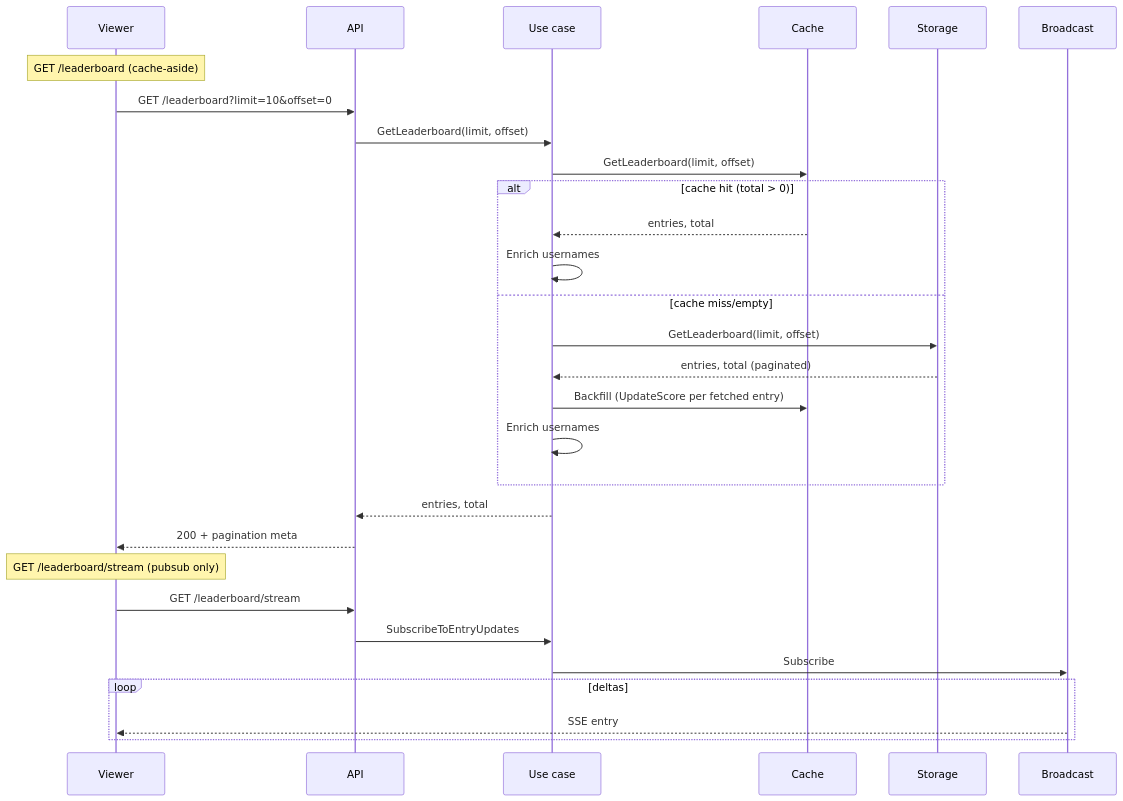
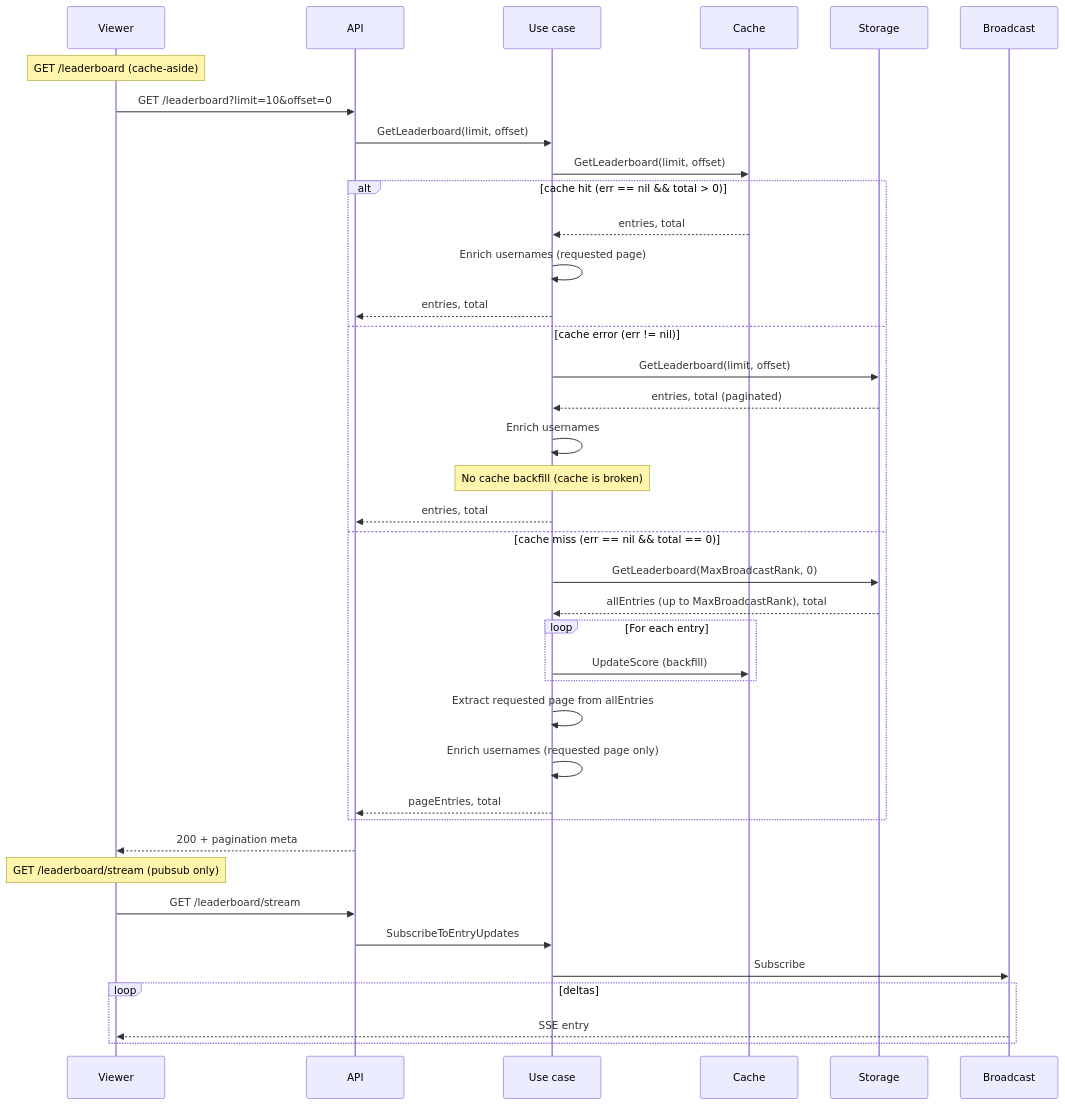
One commit to nhatnam1507/real-time-leaderboard changed the fourth of 4 diagrams in docs/modules.md. Above: the diagram before and after it, drawn with Mermaid. The commit also changed other lines of this file and 4 other files, not shown here.

````diff
--- a/docs/modules.md
+++ b/docs/modules.md
@@ -162,33 +162,43 @@
 ```mermaid
 sequenceDiagram
     participant Viewer
     participant API
     participant UC as Use case
     participant Cache
     participant Storage
     participant Broadcast
     
     Note over Viewer: GET /leaderboard (cache-aside)
     Viewer->>API: GET /leaderboard?limit=10&offset=0
     API->>UC: GetLeaderboard(limit, offset)
     UC->>Cache: GetLeaderboard(limit, offset)
-    alt cache hit (total > 0)
+    alt cache hit (err == nil && total > 0)
         Cache-->>UC: entries, total
-        UC->>UC: Enrich usernames
-    else cache miss/empty
+        UC->>UC: Enrich usernames (requested page)
+        UC-->>API: entries, total
+    else cache error (err != nil)
         UC->>Storage: GetLeaderboard(limit, offset)
         Storage-->>UC: entries, total (paginated)
-        UC->>Cache: Backfill (UpdateScore per fetched entry)
         UC->>UC: Enrich usernames
+        Note over UC: No cache backfill (cache is broken)
+        UC-->>API: entries, total
+    else cache miss (err == nil && total == 0)
+        UC->>Storage: GetLeaderboard(MaxBroadcastRank, 0)
+        Storage-->>UC: allEntries (up to MaxBroadcastRank), total
+        loop For each entry
+            UC->>Cache: UpdateScore (backfill)
+        end
+        UC->>UC: Extract requested page from allEntries
+        UC->>UC: Enrich usernames (requested page only)
+        UC-->>API: pageEntries, total
     end
-    UC-->>API: entries, total
     API-->>Viewer: 200 + pagination meta
     
     Note over Viewer: GET /leaderboard/stream (pubsub only)
     Viewer->>API: GET /leaderboard/stream
     API->>UC: SubscribeToEntryUpdates
     UC->>Broadcast: Subscribe
     loop deltas
         Broadcast-->>Viewer: SSE entry
     end
 ```
````
